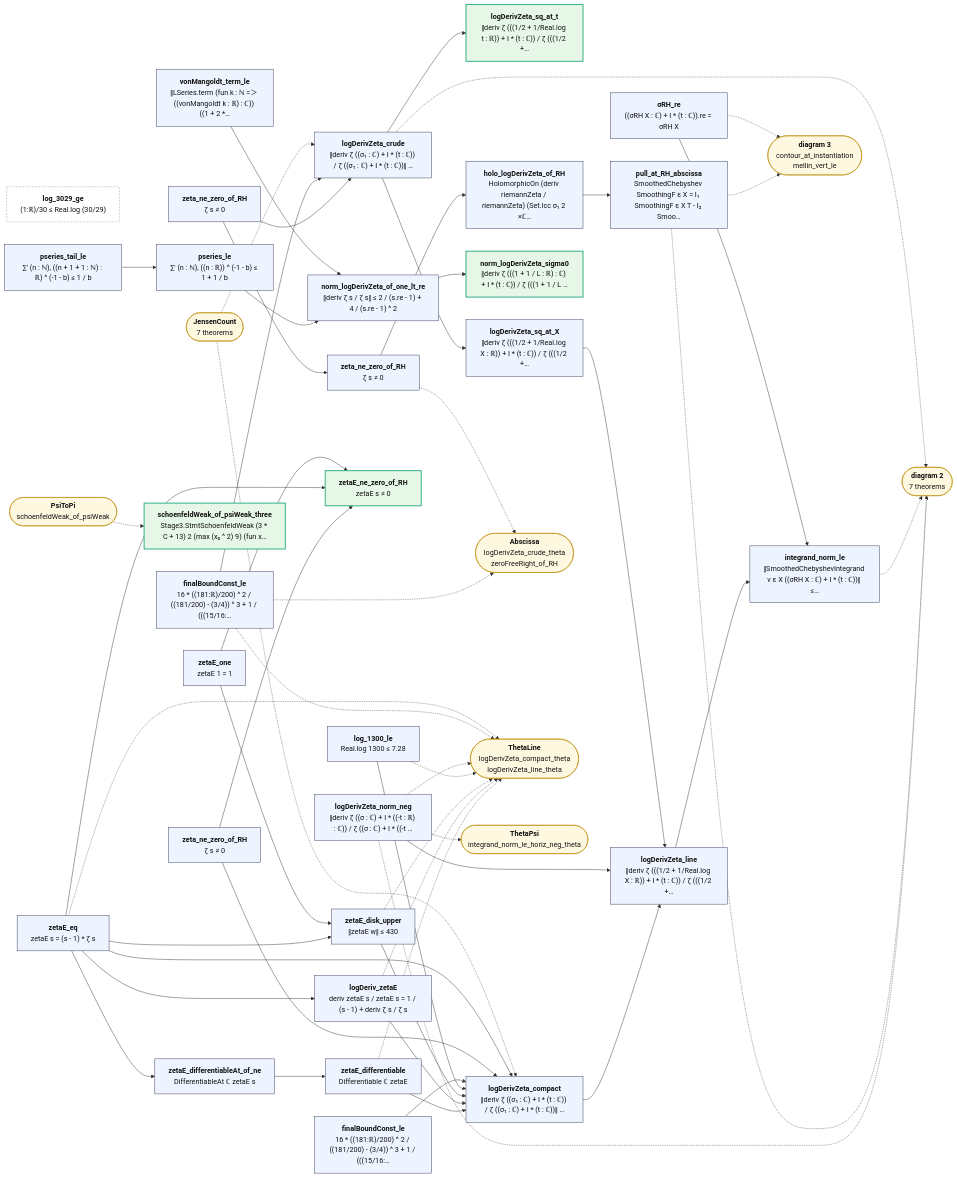
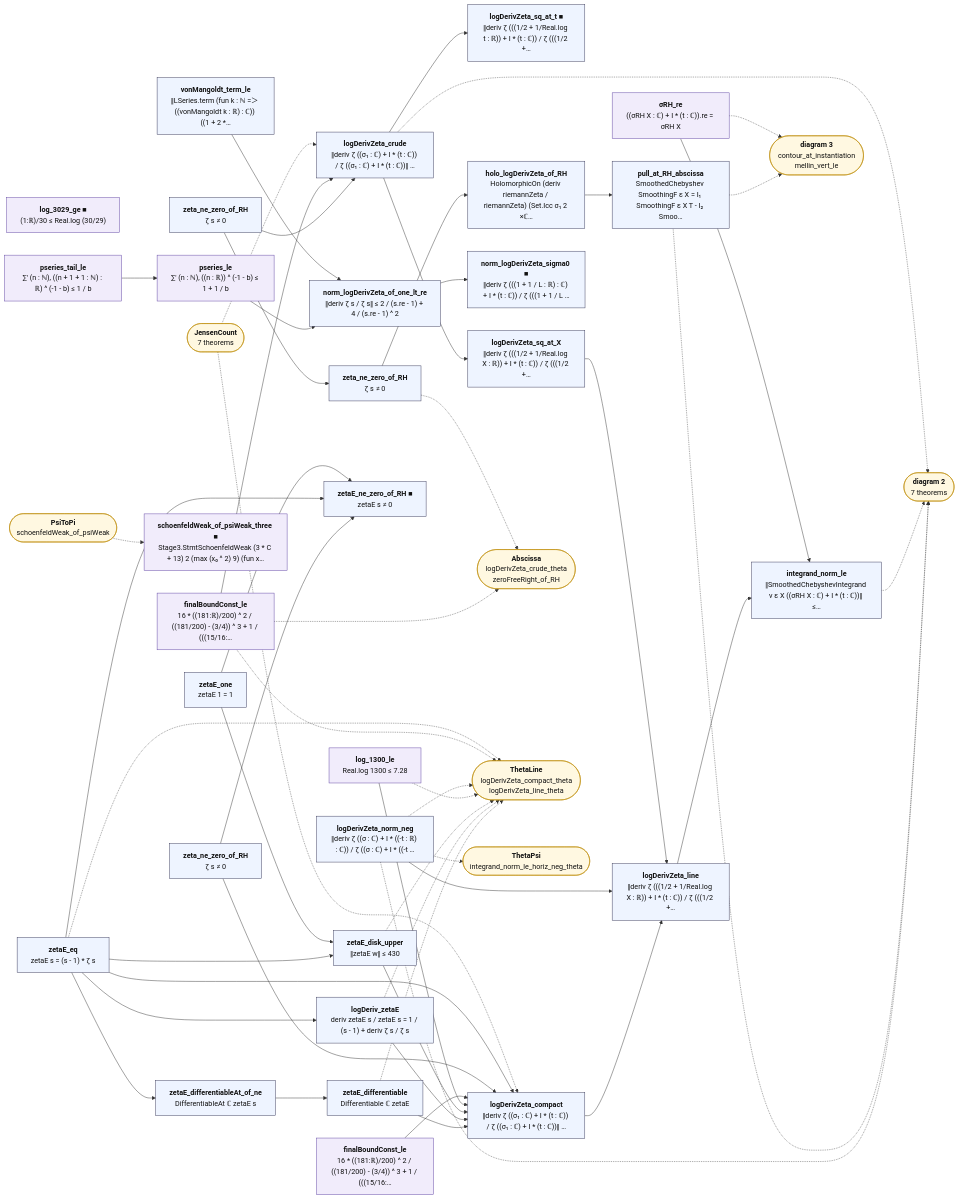
The first of 3 diagrams in map/lean_stage3/LineBound.md (juliansambranojr/Primebeat_081426), drawn with Mermaid before and after one commit. The commit also changed other lines of this file and 398 other files, not shown here.

First line of the commit message:
map: the table first. Three layers from Lean's record of each proof and everything beneath it: counting (integers only), shape (analysis, no zeta), reads zeta; map/TABLE.md lists every counting theorem; the Riemann hypothesis is drawn as one reading at the edge

````diff
--- a/map/lean_stage3/LineBound.md
+++ b/map/lean_stage3/LineBound.md
@@ -14,10 +14,10 @@
 ```mermaid
 flowchart LR
   n0["<b>zeta_ne_zero_of_RH</b><br/>ζ s ≠ 0"]:::thm
-  n1["<b>log_3029_ge</b><br/>(1:ℝ)/30 ≤ Real.log (30/29)"]:::lone
-  n2["<b>finalBoundConst_le</b><br/>16 * ((181:ℝ)/200) ^ 2 / ((181/200) - (3/4)) ^ 3 + 1 / (((15/16:…"]:::thm
+  n1["<b>log_3029_ge ■</b><br/>(1:ℝ)/30 ≤ Real.log (30/29)"]:::shp
+  n2["<b>finalBoundConst_le</b><br/>16 * ((181:ℝ)/200) ^ 2 / ((181/200) - (3/4)) ^ 3 + 1 / (((15/16:…"]:::shp
   n3["<b>logDerivZeta_crude</b><br/>‖deriv ζ ((σ₁ : ℂ) + I * (t : ℂ)) / ζ ((σ₁ : ℂ) + I * (t : ℂ))‖ …"]:::thm
-  n4["<b>logDerivZeta_sq_at_t</b><br/>‖deriv ζ (((1/2 + 1/Real.log t : ℝ)) + I * (t : ℂ)) / ζ (((1/2 +…"]:::end_
+  n4["<b>logDerivZeta_sq_at_t ■</b><br/>‖deriv ζ (((1/2 + 1/Real.log t : ℝ)) + I * (t : ℂ)) / ζ (((1/2 +…"]:::thm
   n5["<b>logDerivZeta_sq_at_X</b><br/>‖deriv ζ (((1/2 + 1/Real.log X : ℝ)) + I * (t : ℂ)) / ζ (((1/2 +…"]:::thm
   n6["<b>zeta_ne_zero_of_RH</b><br/>ζ s ≠ 0"]:::thm
   n7["<b>zetaE_eq</b><br/>zetaE s = (s - 1) * ζ s"]:::thm
@@ -25,23 +25,23 @@
   n9["<b>zetaE_differentiableAt_of_ne</b><br/>DifferentiableAt ℂ zetaE s"]:::thm
   n10["<b>zetaE_differentiable</b><br/>Differentiable ℂ zetaE"]:::thm
   n11["<b>logDeriv_zetaE</b><br/>deriv zetaE s / zetaE s = 1 / (s - 1) + deriv ζ s / ζ s"]:::thm
-  n12["<b>zetaE_ne_zero_of_RH</b><br/>zetaE s ≠ 0"]:::end_
+  n12["<b>zetaE_ne_zero_of_RH ■</b><br/>zetaE s ≠ 0"]:::thm
   n13["<b>zetaE_disk_upper</b><br/>‖zetaE w‖ ≤ 430"]:::thm
-  n14["<b>log_1300_le</b><br/>Real.log 1300 ≤ 7.28"]:::thm
-  n15["<b>finalBoundConst_le</b><br/>16 * ((181:ℝ)/200) ^ 2 / ((181/200) - (3/4)) ^ 3 + 1 / (((15/16:…"]:::thm
+  n14["<b>log_1300_le</b><br/>Real.log 1300 ≤ 7.28"]:::shp
+  n15["<b>finalBoundConst_le</b><br/>16 * ((181:ℝ)/200) ^ 2 / ((181/200) - (3/4)) ^ 3 + 1 / (((15/16:…"]:::shp
   n16["<b>logDerivZeta_compact</b><br/>‖deriv ζ ((σ₁ : ℂ) + I * (t : ℂ)) / ζ ((σ₁ : ℂ) + I * (t : ℂ))‖ …"]:::thm
   n17["<b>logDerivZeta_norm_neg</b><br/>‖deriv ζ ((σ : ℂ) + I * ((-t : ℝ) : ℂ)) / ζ ((σ : ℂ) + I * ((-t …"]:::thm
   n18["<b>logDerivZeta_line</b><br/>‖deriv ζ (((1/2 + 1/Real.log X : ℝ)) + I * (t : ℂ)) / ζ (((1/2 +…"]:::thm
-  n19["<b>schoenfeldWeak_of_psiWeak_three</b><br/>Stage3.StmtSchoenfeldWeak (3 * C + 13) 2 (max (x₀ ^ 2) 9) (fun x…"]:::end_
-  n20["<b>pseries_tail_le</b><br/>∑' (n : ℕ), ((n + 1 + 1 : ℕ) : ℝ) ^ (-1 - b) ≤ 1 / b"]:::thm
-  n21["<b>pseries_le</b><br/>∑' (n : ℕ), ((n : ℝ)) ^ (-1 - b) ≤ 1 + 1 / b"]:::thm
+  n19["<b>schoenfeldWeak_of_psiWeak_three ■</b><br/>Stage3.StmtSchoenfeldWeak (3 * C + 13) 2 (max (x₀ ^ 2) 9) (fun x…"]:::shp
+  n20["<b>pseries_tail_le</b><br/>∑' (n : ℕ), ((n + 1 + 1 : ℕ) : ℝ) ^ (-1 - b) ≤ 1 / b"]:::shp
+  n21["<b>pseries_le</b><br/>∑' (n : ℕ), ((n : ℝ)) ^ (-1 - b) ≤ 1 + 1 / b"]:::shp
   n22["<b>vonMangoldt_term_le</b><br/>‖LSeries.term (fun k : ℕ =＞ ((vonMangoldt k : ℝ) : ℂ)) ((1 + 2 *…"]:::thm
   n23["<b>norm_logDerivZeta_of_one_lt_re</b><br/>‖deriv ζ s / ζ s‖ ≤ 2 / (s.re - 1) + 4 / (s.re - 1) ^ 2"]:::thm
-  n24["<b>norm_logDerivZeta_sigma0</b><br/>‖deriv ζ (((1 + 1 / L : ℝ) : ℂ) + I * (t : ℂ)) / ζ (((1 + 1 / L …"]:::end_
+  n24["<b>norm_logDerivZeta_sigma0 ■</b><br/>‖deriv ζ (((1 + 1 / L : ℝ) : ℂ) + I * (t : ℂ)) / ζ (((1 + 1 / L …"]:::thm
   n25["<b>zeta_ne_zero_of_RH</b><br/>ζ s ≠ 0"]:::thm
   n26["<b>holo_logDerivZeta_of_RH</b><br/>HolomorphicOn (deriv riemannZeta / riemannZeta) (Set.Icc σ₁ 2 ×ℂ…"]:::thm
   n27["<b>pull_at_RH_abscissa</b><br/>SmoothedChebyshev SmoothingF ε X = I₁ SmoothingF ε X T - I₂ Smoo…"]:::thm
-  n28["<b>σRH_re</b><br/>((σRH X : ℂ) + I * (t : ℂ)).re = σRH X"]:::thm
+  n28["<b>σRH_re</b><br/>((σRH X : ℂ) + I * (t : ℂ)).re = σRH X"]:::shp
   n29["<b>integrand_norm_le</b><br/>‖SmoothedChebyshevIntegrand ν ε X ((σRH X : ℂ) + I * (t : ℂ))‖ ≤…"]:::thm
   x0(["<b>Abscissa</b><br/>logDerivZeta_crude_theta<br/>zeroFreeRight_of_RH"]):::ext
   x1(["<b>ThetaLine</b><br/>logDerivZeta_compact_theta<br/>logDerivZeta_line_theta"]):::ext
@@ -100,6 +100,9 @@
   x2 -.-> n16
   x2 -.-> n3
   x5 -.-> n19
+  classDef cnt fill:#dff5ec,stroke:#17694a,color:#111
+  classDef shp fill:#f1ecfb,stroke:#5b3fa0,color:#111
+  classDef rh fill:#ffe5e5,stroke:#c22,color:#111,stroke-width:2px
   classDef thm fill:#eef4ff,stroke:#335,color:#111
   classDef end_ fill:#e7f7e7,stroke:#2a7,color:#111,stroke-width:2px
   classDef lone fill:#fff,stroke:#999,color:#111,stroke-dasharray:4 3
````
